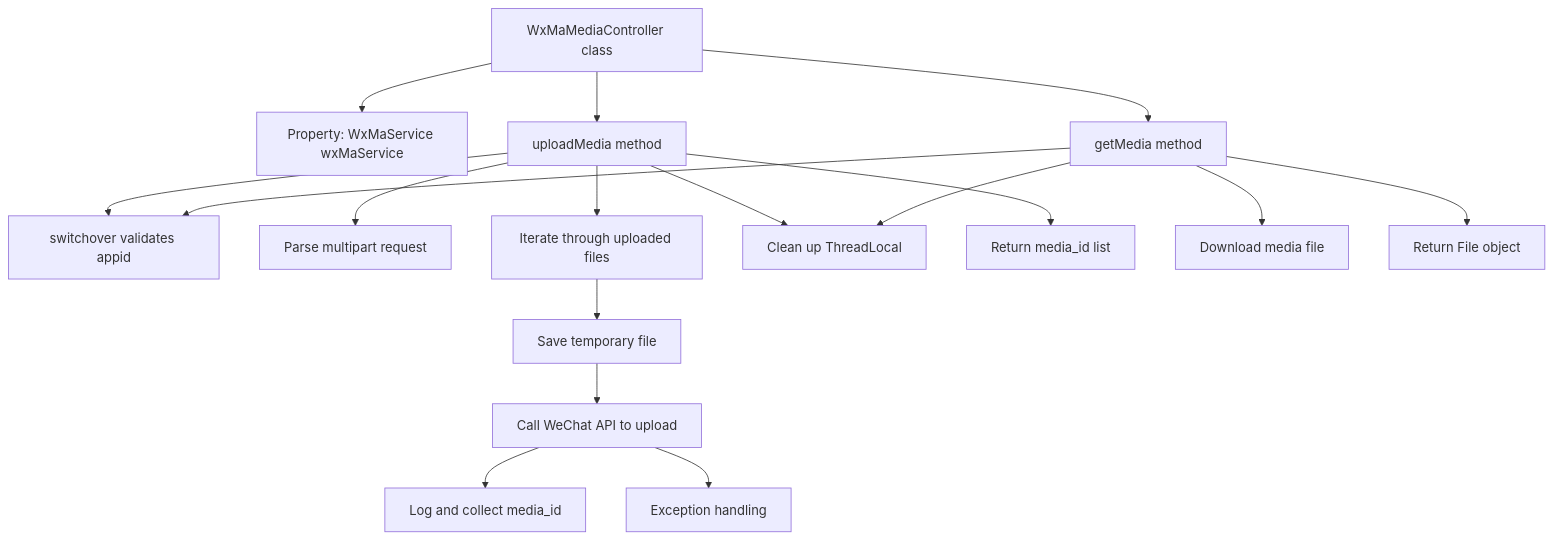
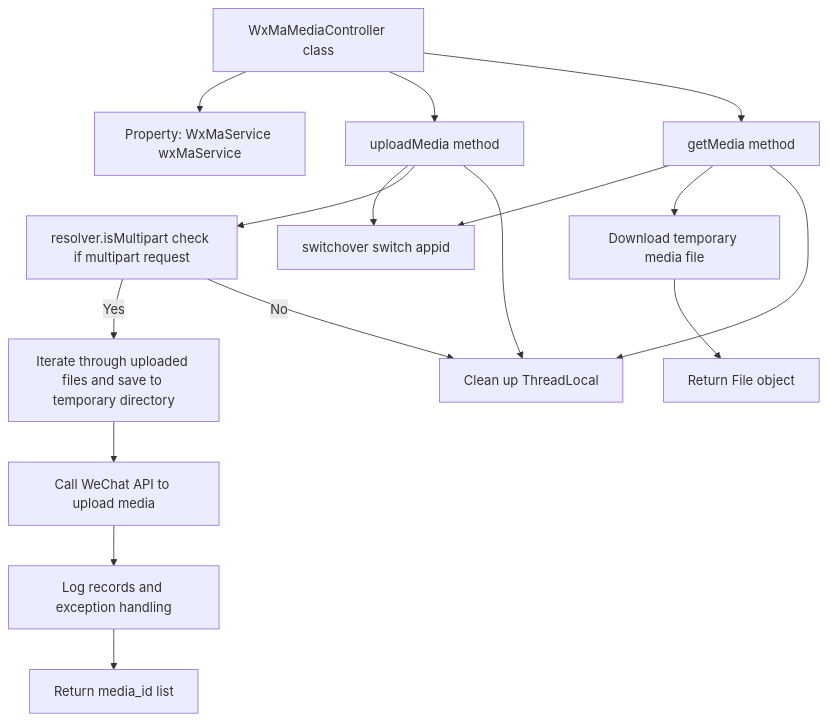
Before and after one commit to v-wjrong/binary_weixin-java-miniapp-demo: the second of 2 diagrams in docs/en/docs/src/main/java/com/github/binarywang/demo/wx/miniapp/controller/WxMaMediaController.md, drawn with Mermaid. The commit also changed other lines of this file and 47 other files, not shown here.

````diff
--- a/docs/en/docs/src/main/java/com/github/binarywang/demo/wx/miniapp/controller/WxMaMediaController.md
+++ b/docs/en/docs/src/main/java/com/github/binarywang/demo/wx/miniapp/controller/WxMaMediaController.md
@@ -139,35 +120,32 @@
 ```mermaid
 graph TD
     A["WxMaMediaController class"]
     B["Property: WxMaService wxMaService"]
     C["uploadMedia method"]
     D["getMedia method"]
-    E["switchover validates appid"]
-    F["Parse multipart request"]
-    G["Iterate through uploaded files"]
-    H["Save temporary file"]
-    I["Call WeChat API to upload"]
-    J["Log and collect media_id"]
-    K["Exception handling"]
-    L["Clean up ThreadLocal"]
-    M["Return media_id list"]
-    N["Download media file"]
-    O["Return File object"]
+    E["switchover switch appid"]
+    F["resolver.isMultipart check if multipart request"]
+    G["Iterate through uploaded files and save to temporary directory"]
+    H["Call WeChat API to upload media"]
+    I["Log records and exception handling"]
+    J["Return media_id list"]
+    K["Download temporary media file"]
+    L["Return File object"]
+    M["Clean up ThreadLocal"]
 
     A --> B
     A --> C
     A --> D
     C --> E
     C --> F
-    C --> G
+    F -- Yes --> G
     G --> H
     H --> I
     I --> J
-    I --> K
-    C --> L
+    F -- No --> M
     C --> M
     D --> E
-    D --> N
-    D --> L
-    D --> O
+    D --> K
+    K --> L
+    D --> M
 ```
````
